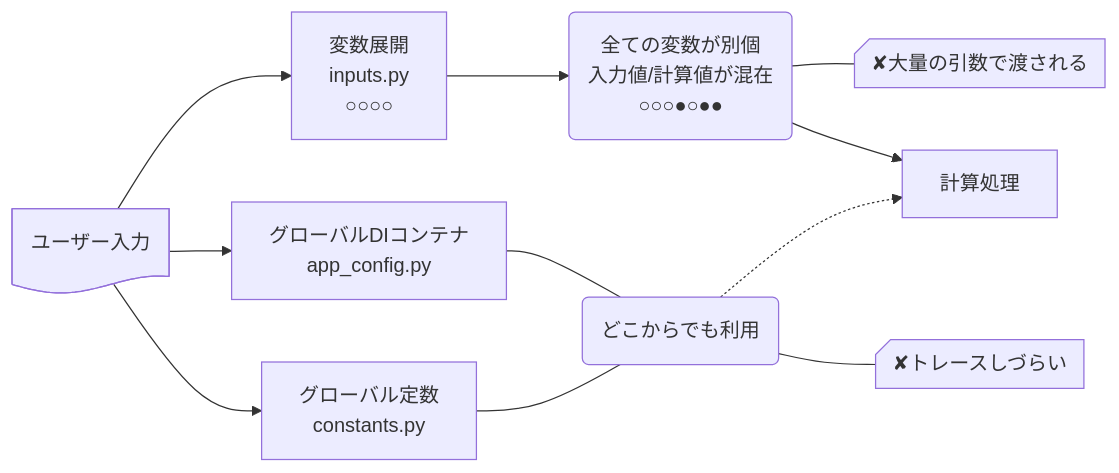
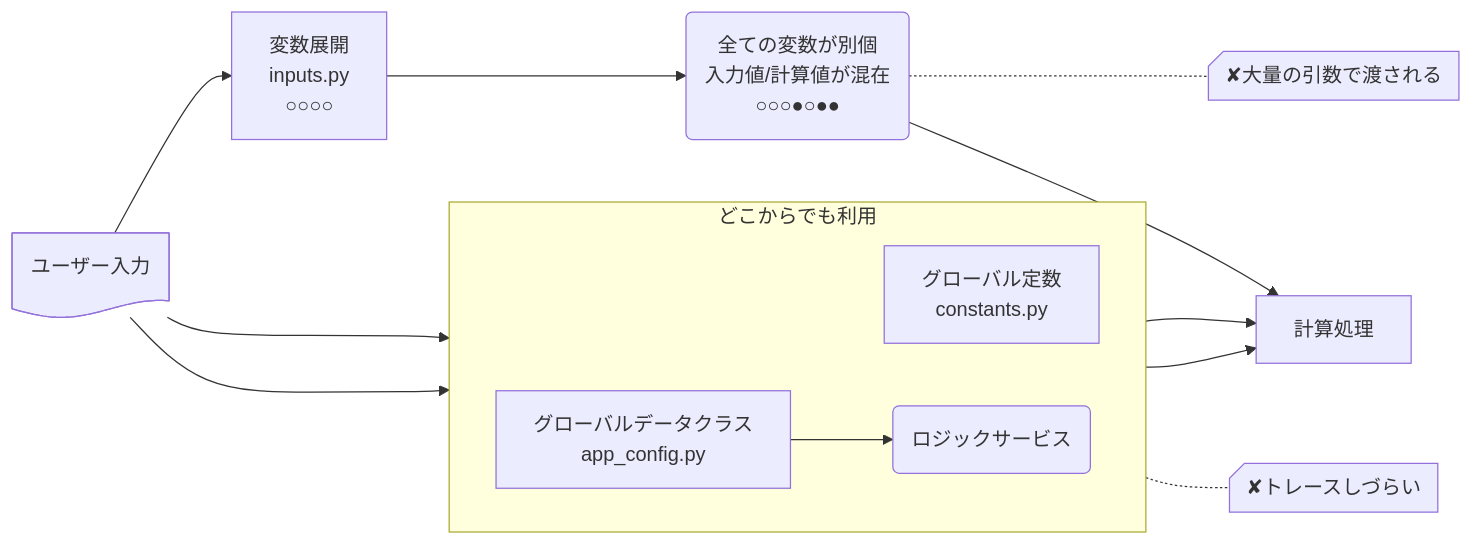
Before and after one commit to izumi-system-development/pyhees-jjj: the first of 2 diagrams in src/jjjexperiment/inputs/README.md, drawn with Mermaid. The commit also changed other lines of this file, not shown here.

````diff
--- a/src/jjjexperiment/inputs/README.md
+++ b/src/jjjexperiment/inputs/README.md
@@ -3,21 +3,28 @@
 ```mermaid
 flowchart LR
 
 A@{ shape: doc, label: ユーザー入力 }
 B[グローバル定数<br>constants.py]
 C[変数展開<br>inputs.py<br>○○○○]
-D[グローバルDIコンテナ<br>app_config.py]
+D[グローバルデータクラス<br>app_config.py]
 E[計算処理]
 
-proc1(どこからでも利用)
 proc2(全ての変数が別個<br>入力値/計算値が混在<br>○○○●○●●)
 
 note1@{ shape: notch-rect, label: ✘トレースしづらい }
 note2@{ shape: notch-rect, label: ✘大量の引数で渡される }
 
-proc2 --- note2
+service(ロジックサービス)
+subgraph どこからでも利用
+    direction LR
+    service
+    B
+    D
+end
+どこからでも利用 -.- note1
+
+proc2 -.- note2
 A --> C --> proc2 --> E
-A --> D --- proc1 -.-> E
-A --> B --- proc1
-proc1 --- note1
+A --> D --> service --> E
+A --> B --> E
 ```
````
